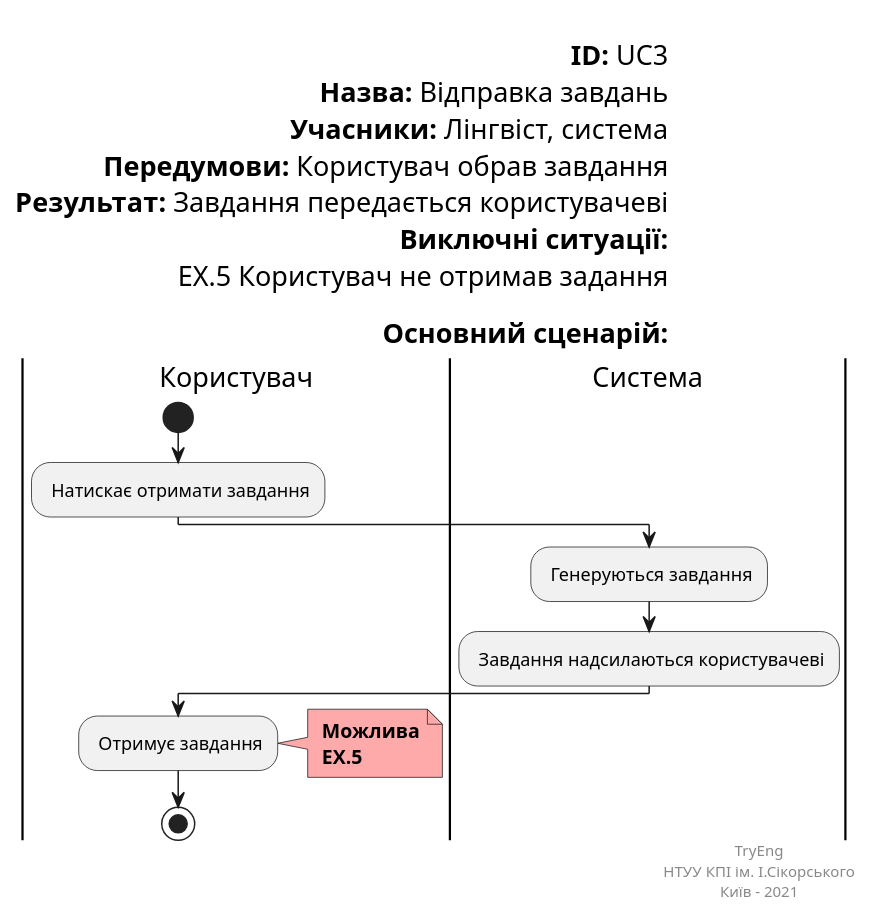
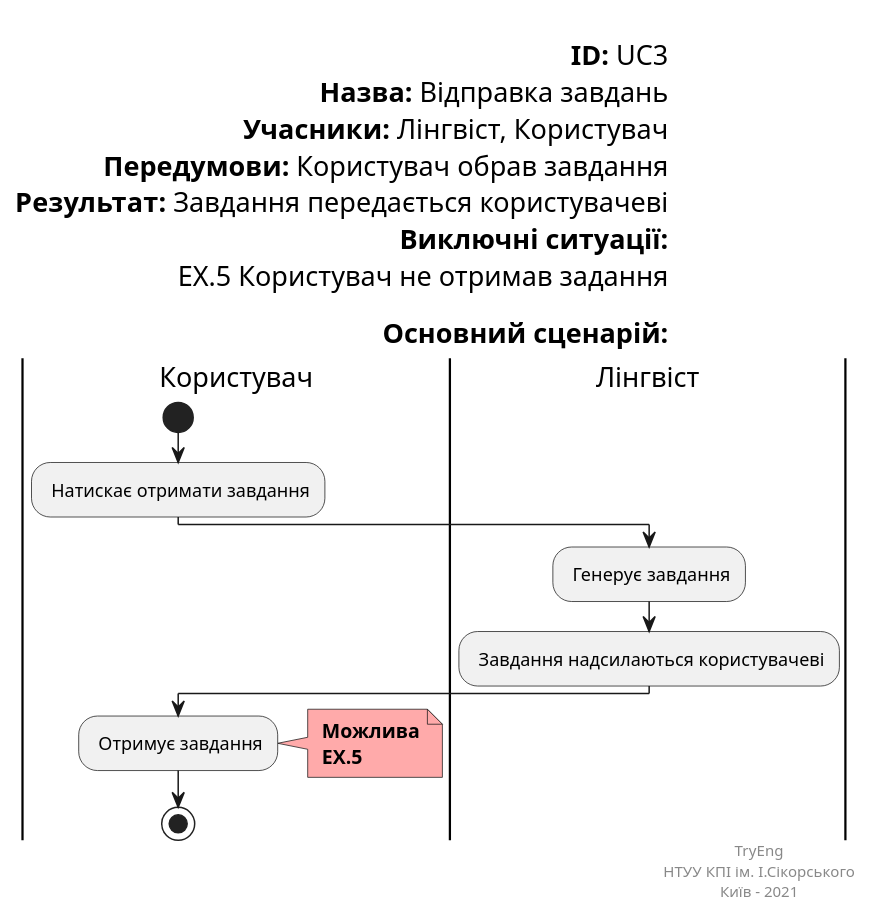
Before and after one commit to Oleh-Khomenko/Tryeng: the diagram in docs/use cases/UC.3.puml, drawn with PlantUML.

```diff
--- a/docs/use cases/UC.3.puml
+++ b/docs/use cases/UC.3.puml
@@ -1,41 +1,41 @@
 @startuml
 left header
 
         <font color=000 size=18><b>ID:</b> UC3
         <font color=000 size=18><b>Назва:</b> Відправка завдань
-        <font color=000 size=18><b>Учасники:</b> Лінгвіст, система
+        <font color=000 size=18><b>Учасники:</b> Лінгвіст, Користувач
         <font color=000 size=18><b>Передумови:</b> Користувач обрав завдання
         <font color=000 size=18><b>Результат:</b> Завдання передається користувачеві
         <font color=000 size=18><b>Виключні ситуації:</b>
         <font color=000 size=18> EХ.5 Користувач не отримав задання
 
         <font color=000 size=18><b>Основний сценарій:</b>
     end header
 
     |Користувач|
         start
         
         : Натискає отримати завдання;
         
-    |Система|
+    |Лінгвіст|
         
-        : Генеруються завдання;
+        : Генерує завдання;
         : Завдання надсилаються користувачеві;
     |Користувач|
     
         : Отримує завдання;
          note right #ffaaaa
         <b> Можлива
         <b> EX.5
         end note
         
  
         
         stop;
     
 right footer
 TryEng
 НТУУ КПІ ім. І.Сікорського
 Київ - 2021
 end footer
 @enduml
```
